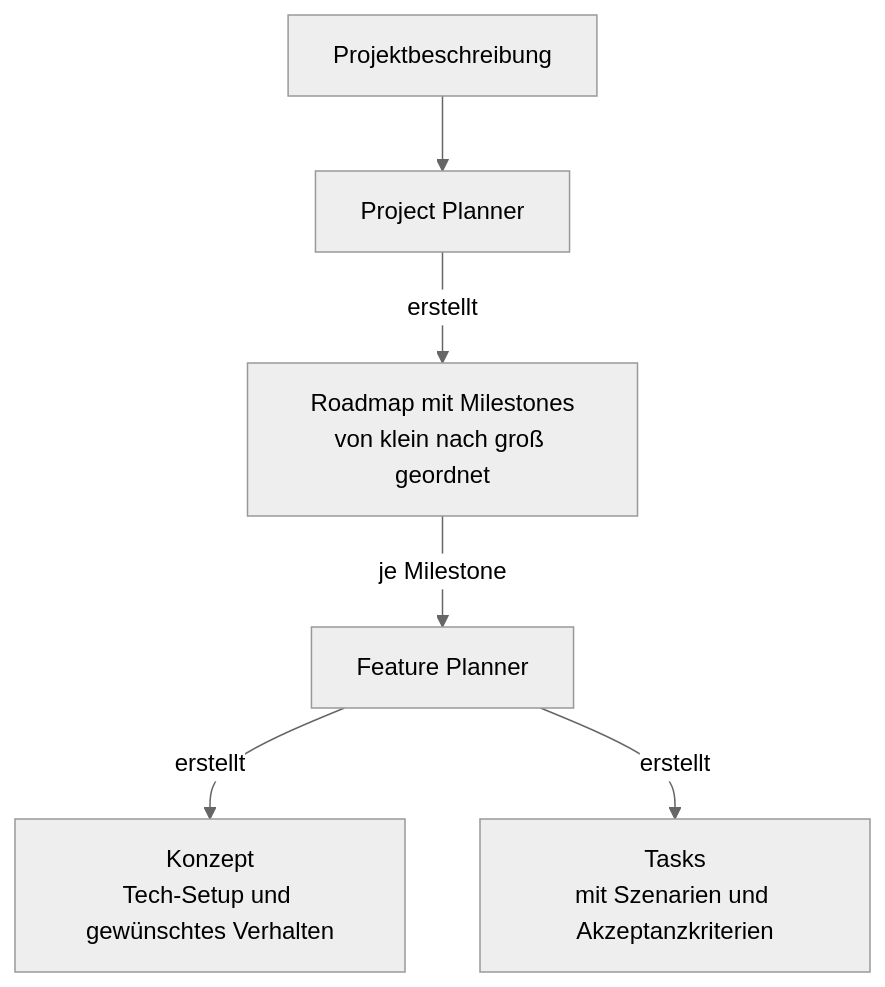
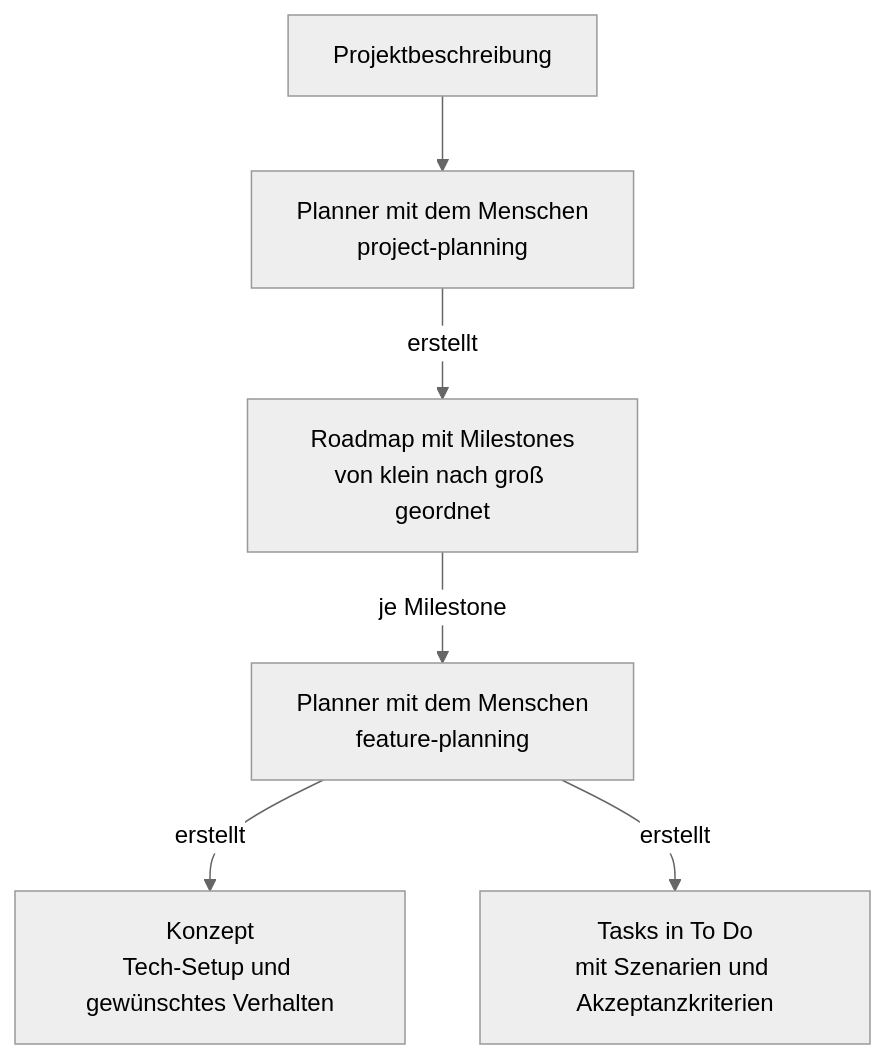
One commit to alexwenzel/ccmas changed the first of 2 diagrams in README.md. Above: the diagram before and after it, drawn with Mermaid (neutral theme). The commit also changed other lines of this file and 39 other files, not shown here.

````diff
--- a/README.md
+++ b/README.md
@@ -11,8 +13,8 @@
 ```mermaid
 flowchart TD
-    P[Projektbeschreibung] --> PP[Project Planner]
+    P[Projektbeschreibung] --> PP[Planner mit dem Menschen<br/>project-planning]
     PP -->|erstellt| M[Roadmap mit Milestones<br/>von klein nach groß geordnet]
-    M -->|je Milestone| FP[Feature Planner]
+    M -->|je Milestone| FP[Planner mit dem Menschen<br/>feature-planning]
     FP -->|erstellt| K[Konzept<br/>Tech-Setup und gewünschtes Verhalten]
-    FP -->|erstellt| T[Tasks<br/>mit Szenarien und Akzeptanzkriterien]
+    FP -->|erstellt| T[Tasks in To Do<br/>mit Szenarien und Akzeptanzkriterien]
 ```
````
